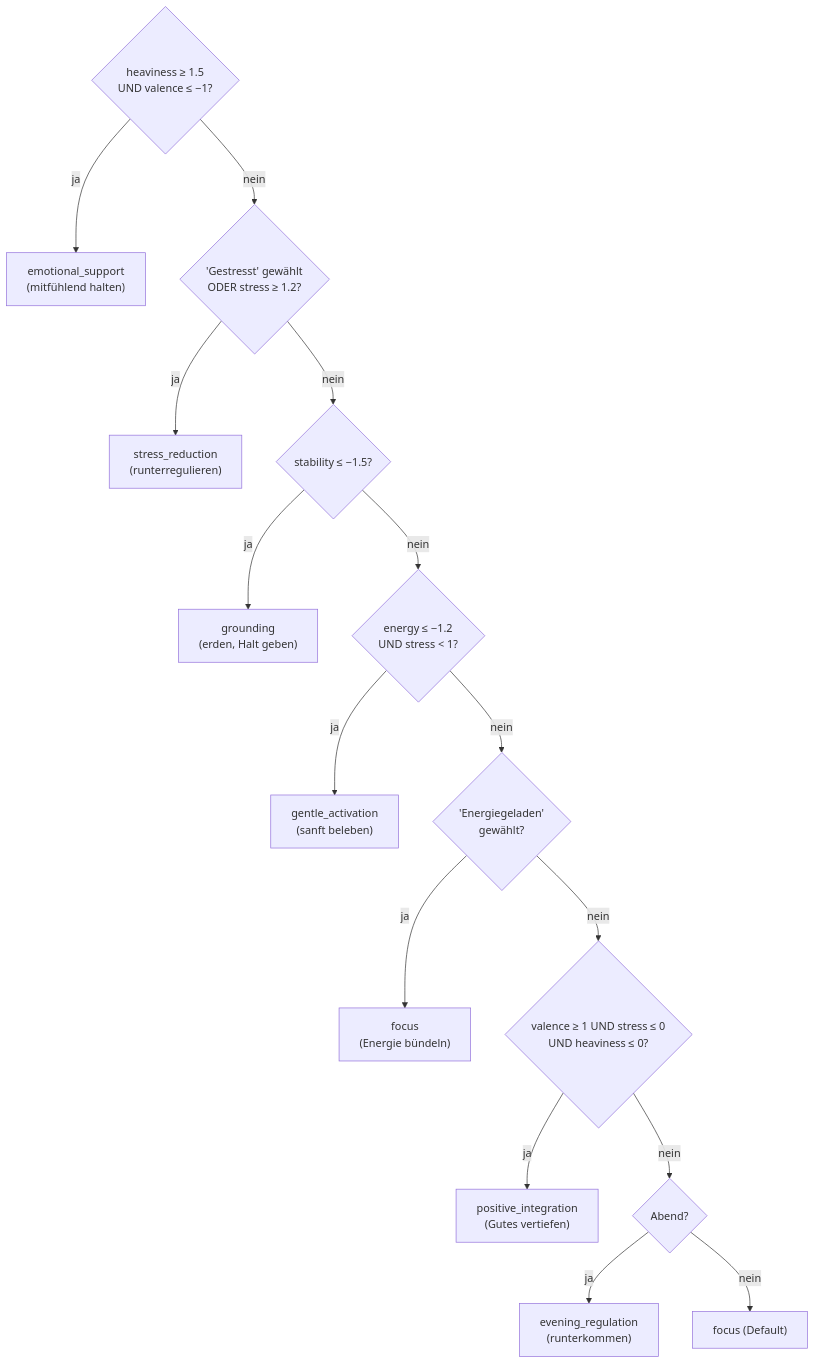
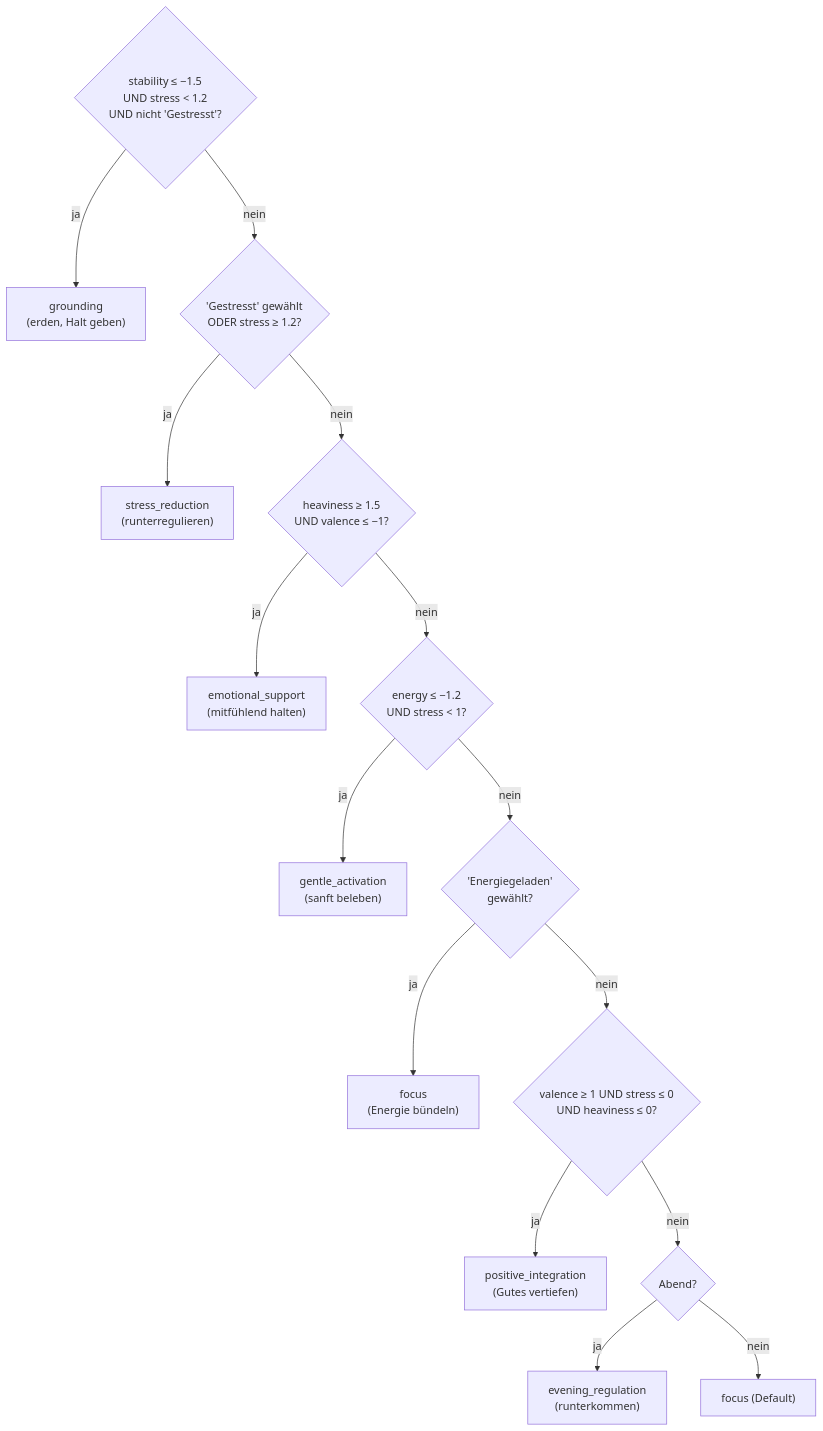
One commit to maxvirkus/innenzeit_recommender changed the third of 6 diagrams in docs/algorithmus-visualisierung.md. Above: the diagram before and after it, drawn with Mermaid. The commit also changed other lines of this file and 16 other files, not shown here.

````diff
--- a/docs/algorithmus-visualisierung.md
+++ b/docs/algorithmus-visualisierung.md
@@ -87,17 +87,17 @@
 ```mermaid
 flowchart TD
-    S{"heaviness ≥ 1.5<br/>UND valence ≤ −1?"} -->|ja| G1["emotional_support<br/>(mitfühlend halten)"]
-    S -->|nein| T{"'Gestresst' gewählt<br/>ODER stress ≥ 1.2?"}
+    U{"stability ≤ −1.5<br/>UND stress < 1.2<br/>UND nicht 'Gestresst'?"} -->|ja| G3["grounding<br/>(erden, Halt geben)"]
+    U -->|nein| T{"'Gestresst' gewählt<br/>ODER stress ≥ 1.2?"}
     T -->|ja| G2["stress_reduction<br/>(runterregulieren)"]
-    T -->|nein| U{"stability ≤ −1.5?"}
-    U -->|ja| G3["grounding<br/>(erden, Halt geben)"]
-    U -->|nein| V{"energy ≤ −1.2<br/>UND stress < 1?"}
+    T -->|nein| S{"heaviness ≥ 1.5<br/>UND valence ≤ −1?"}
+    S -->|ja| G1["emotional_support<br/>(mitfühlend halten)"]
+    S -->|nein| V{"energy ≤ −1.2<br/>UND stress < 1?"}
     V -->|ja| G4["gentle_activation<br/>(sanft beleben)"]
     V -->|nein| W{"'Energiegeladen'<br/>gewählt?"}
     W -->|ja| G5["focus<br/>(Energie bündeln)"]
     W -->|nein| X{"valence ≥ 1 UND stress ≤ 0<br/>UND heaviness ≤ 0?"}
     X -->|ja| G6["positive_integration<br/>(Gutes vertiefen)"]
     X -->|nein| Y{"Abend?"}
     Y -->|ja| G7["evening_regulation<br/>(runterkommen)"]
     Y -->|nein| G8["focus (Default)"]
 ```
````
